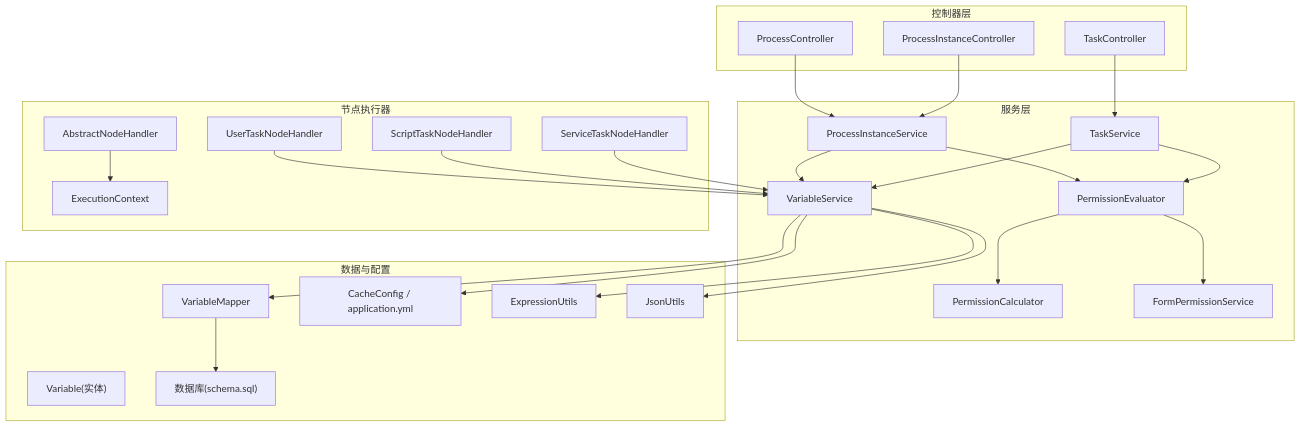
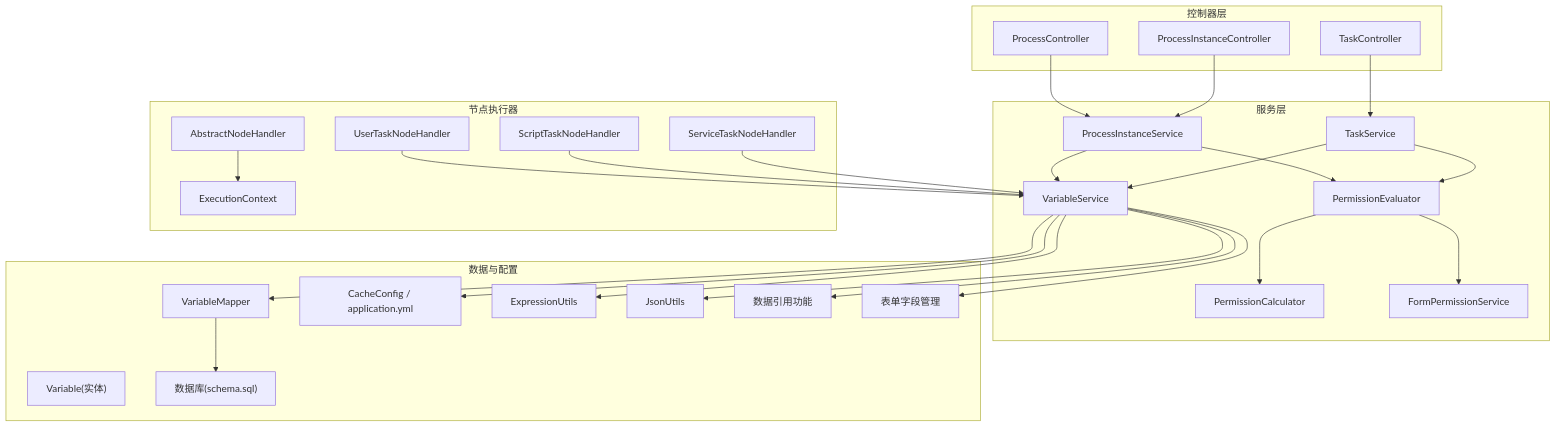
One commit to liming-lihaini/workflow changed the first of 12 diagrams in .qoder/repowiki/zh/content/流程执行引擎/变量管理系统.md. Above: the diagram before and after it, drawn with Mermaid. The commit also changed other lines of this file and 18 other files, not shown here.

````diff
--- a/.qoder/repowiki/zh/content/流程执行引擎/变量管理系统.md
+++ b/.qoder/repowiki/zh/content/流程执行引擎/变量管理系统.md
@@ -58,49 +67,53 @@
 ```mermaid
 graph TB
 subgraph "控制器层"
 C1["ProcessController"]
 C2["ProcessInstanceController"]
 C3["TaskController"]
 end
 subgraph "服务层"
 S1["ProcessInstanceService"]
 S2["TaskService"]
 S3["VariableService"]
 S4["PermissionEvaluator"]
 S5["PermissionCalculator"]
 S6["FormPermissionService"]
 end
 subgraph "节点执行器"
 N1["AbstractNodeHandler"]
 N2["UserTaskNodeHandler"]
 N3["ScriptTaskNodeHandler"]
 N4["ServiceTaskNodeHandler"]
 EC["ExecutionContext"]
 end
 subgraph "数据与配置"
 E1["Variable(实体)"]
 M1["VariableMapper"]
 DB["数据库(schema.sql)"]
 CFG["CacheConfig / application.yml"]
 EXP["ExpressionUtils"]
 JSON["JsonUtils"]
+DR["数据引用功能"]
+FM["表单字段管理"]
 end
 C1 --> S1
 C2 --> S1
 C3 --> S2
 S1 --> S3
 S2 --> S3
 N2 --> S3
 N3 --> S3
 N4 --> S3
 N1 --> EC
 S3 --> M1
 M1 --> DB
 S3 --> EXP
 S3 --> JSON
 S3 --> CFG
+S3 --> DR
+S3 --> FM
 S1 --> S4
 S2 --> S4
 S4 --> S5
 S4 --> S6
 ```
````
